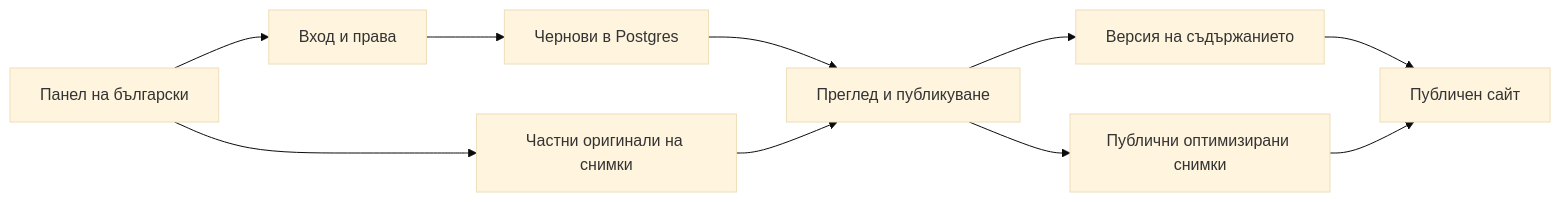
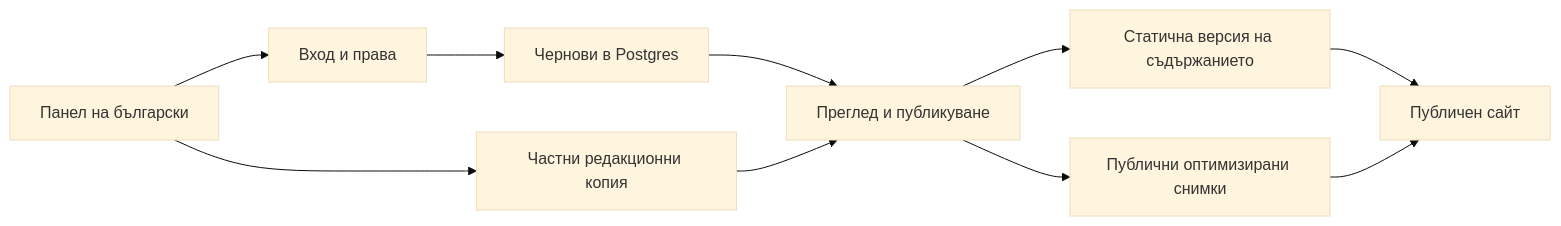
Before and after one commit to danielgylybov/trunche-web: the diagram in docs/CMS-PLAN.md, drawn with Mermaid (base theme). The commit also changed other lines of this file, not shown here.

````diff
--- a/docs/CMS-PLAN.md
+++ b/docs/CMS-PLAN.md
@@ -69,12 +71,12 @@
 ```mermaid
 flowchart LR
     A[Панел на български] --> B[Вход и права]
     B --> C[Чернови в Postgres]
-    A --> D[Частни оригинали на снимки]
+    A --> D[Частни редакционни копия]
     C --> E[Преглед и публикуване]
     D --> E
-    E --> F[Версия на съдържанието]
+    E --> F[Статична версия на съдържанието]
     E --> G[Публични оптимизирани снимки]
     F --> H[Публичен сайт]
     G --> H
 ```
````
